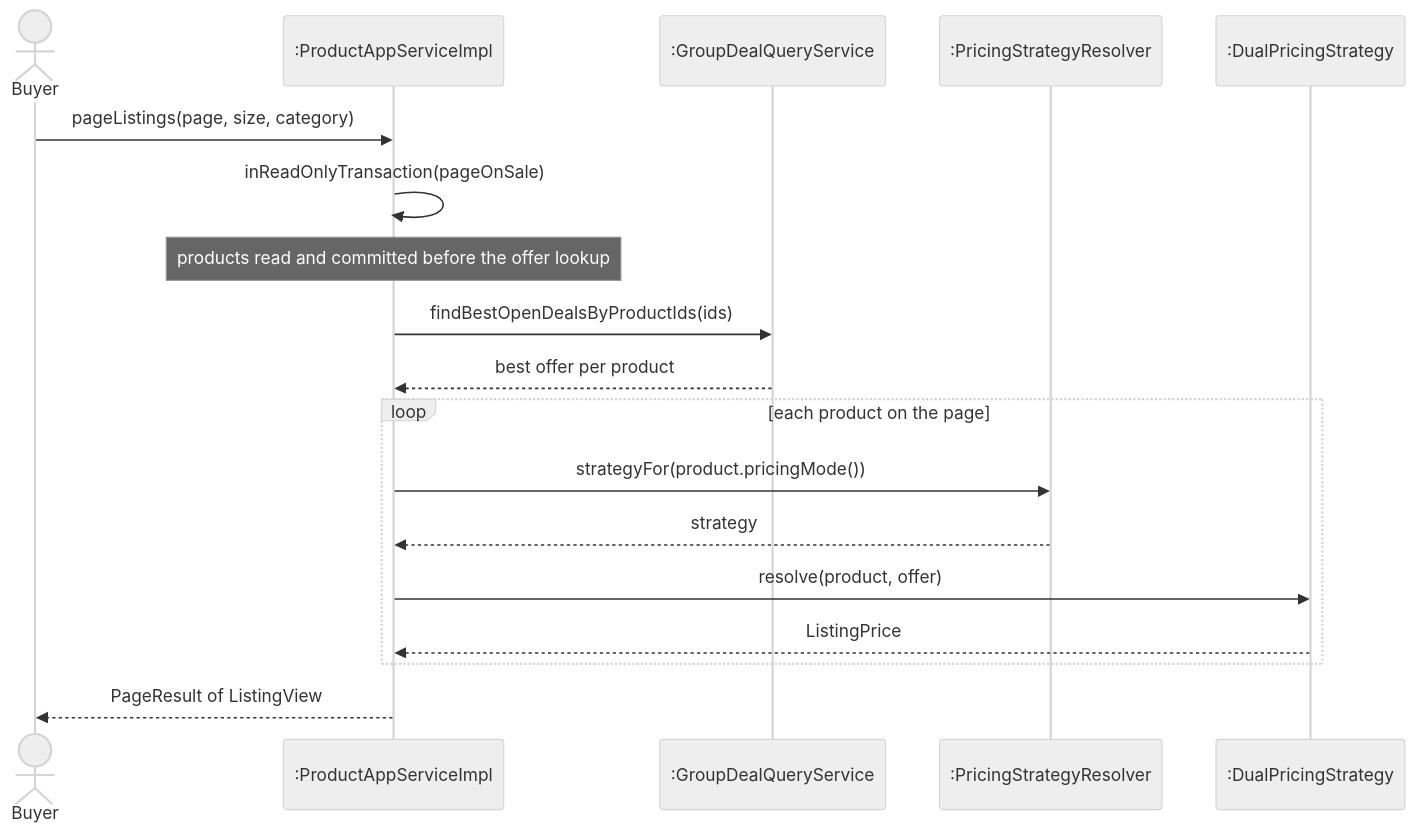
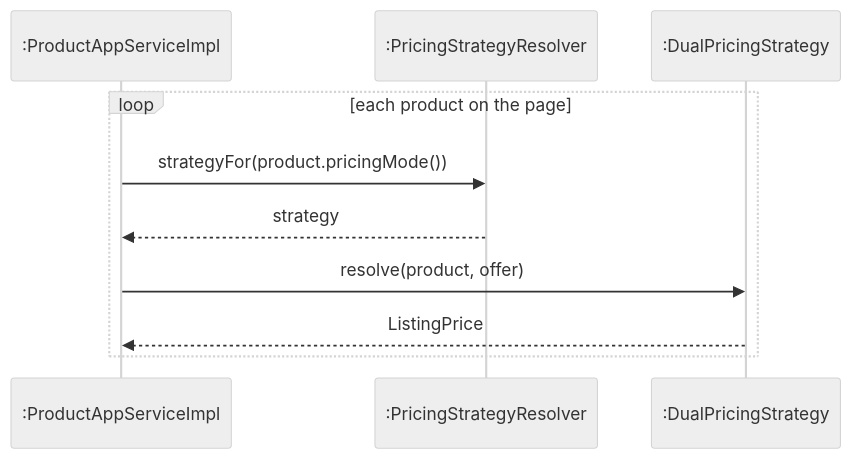
Before and after one commit to PPsyrius/iss-groupbuy-team8: the third of 4 diagrams in docs/swe5006/report/sections/03-5-4-lim.md, drawn with Mermaid (neutral theme). The commit also changed other lines of this file and 60 other files, not shown here.

First line of the commit message:
docs(report): template format, VP-style UML and fact fixes (#463, #695) (#704)

````diff
--- a/docs/swe5006/report/sections/03-5-4-lim.md
+++ b/docs/swe5006/report/sections/03-5-4-lim.md
@@ -159,20 +112,12 @@
 ```mermaid
 sequenceDiagram
-  actor B as Buyer
   participant P as :ProductAppServiceImpl
-  participant G as :GroupDealQueryService
   participant S as :PricingStrategyResolver
   participant D as :DualPricingStrategy
-  B->>P: pageListings(page, size, category)
-  P->>P: inReadOnlyTransaction(pageOnSale)
-  Note over P: products read and committed before the offer lookup
-  P->>G: findBestOpenDealsByProductIds(ids)
-  G-->>P: best offer per product
   loop each product on the page
     P->>S: strategyFor(product.pricingMode())
     S-->>P: strategy
     P->>D: resolve(product, offer)
     D-->>P: ListingPrice
   end
-  P-->>B: PageResult of ListingView
 ```
````
